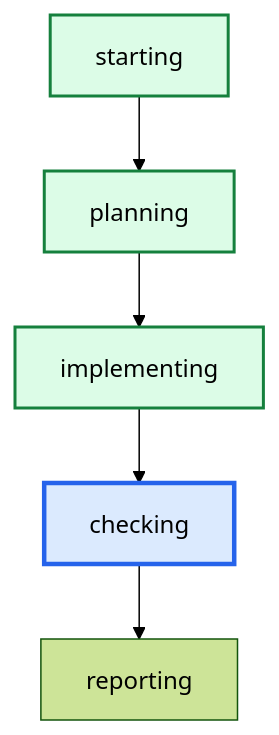
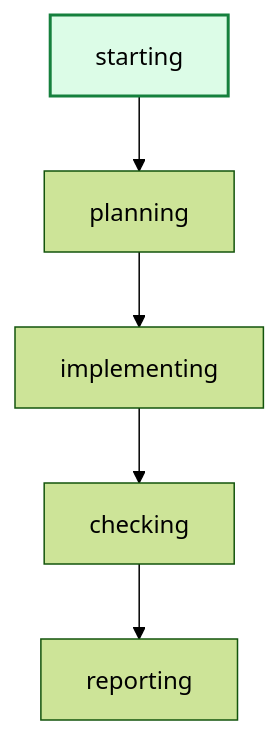
One commit to daniell0gda/hermes-feature-check-dashboard changed the diagram in latest/graph.mmd. Above: the diagram before and after it, drawn with Mermaid (forest theme). The commit also changed 58 other files, not shown here.

```diff
--- a/latest/graph.mmd
+++ b/latest/graph.mmd
@@ -1,13 +1,10 @@
 graph TD
     starting --> planning
     planning --> implementing
     implementing --> checking
     checking --> reporting
 
 classDef done fill:#dcfce7,stroke:#15803d,stroke-width:2px;
 classDef active fill:#dbeafe,stroke:#2563eb,stroke-width:3px;
 classDef failed fill:#fee2e2,stroke:#b42318,stroke-width:2px;
-class checking active;
-class implementing done;
 class starting done;
-class planning done;
```
